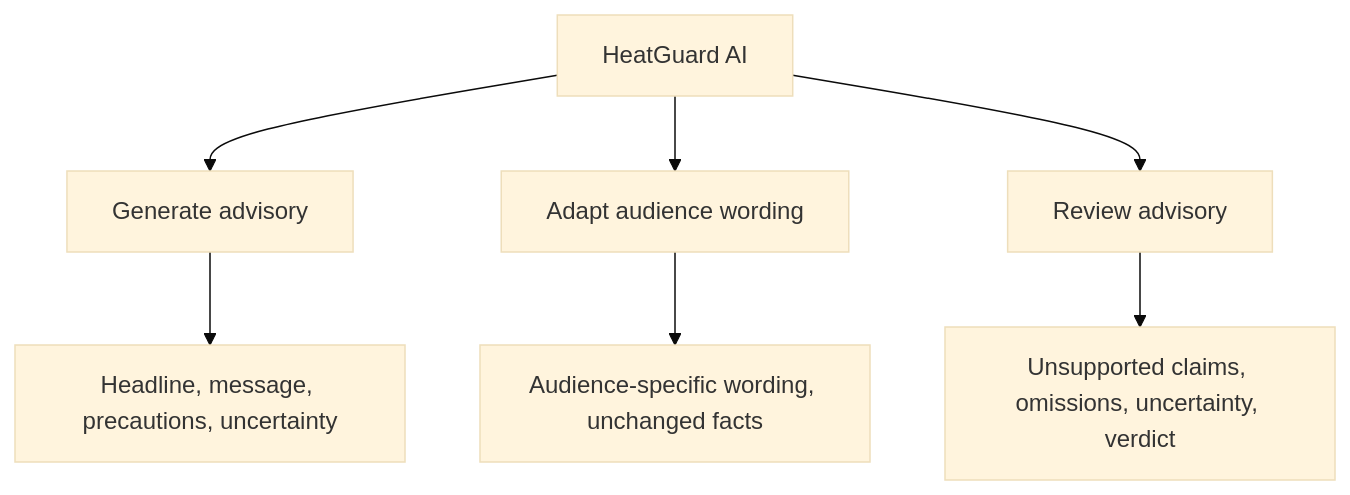
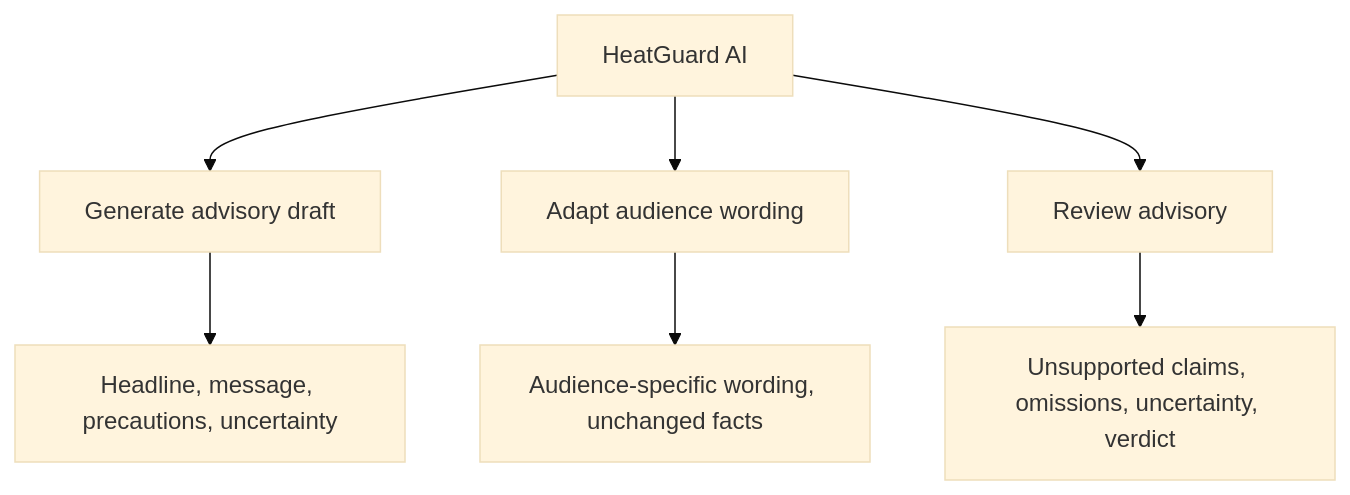
One commit to ramanjaneyareddy15/heatguard-ai-g15 changed the diagram in docs/diagrams/task_decomposition.mmd. Above: the diagram before and after it, drawn with Mermaid (base theme).

Commit message:
Align HeatGuard documentation with Baseline and Structured options

```diff
--- a/docs/diagrams/task_decomposition.mmd
+++ b/docs/diagrams/task_decomposition.mmd
@@ -1,7 +1,7 @@
 flowchart TD
- A[HeatGuard AI] --> B[Generate advisory]
+ A[HeatGuard AI] --> B[Generate advisory draft]
  A --> C[Adapt audience wording]
  A --> D[Review advisory]
  B --> E[Headline, message, precautions, uncertainty]
  C --> F[Audience-specific wording, unchanged facts]
  D --> G[Unsupported claims, omissions, uncertainty, verdict]
```
